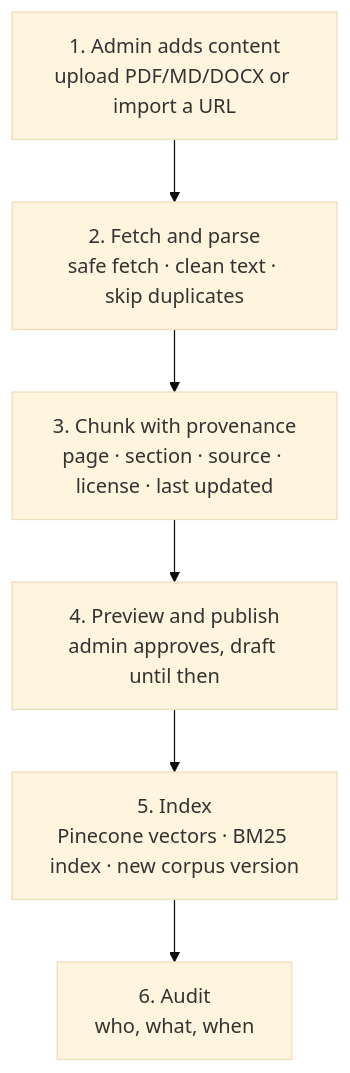
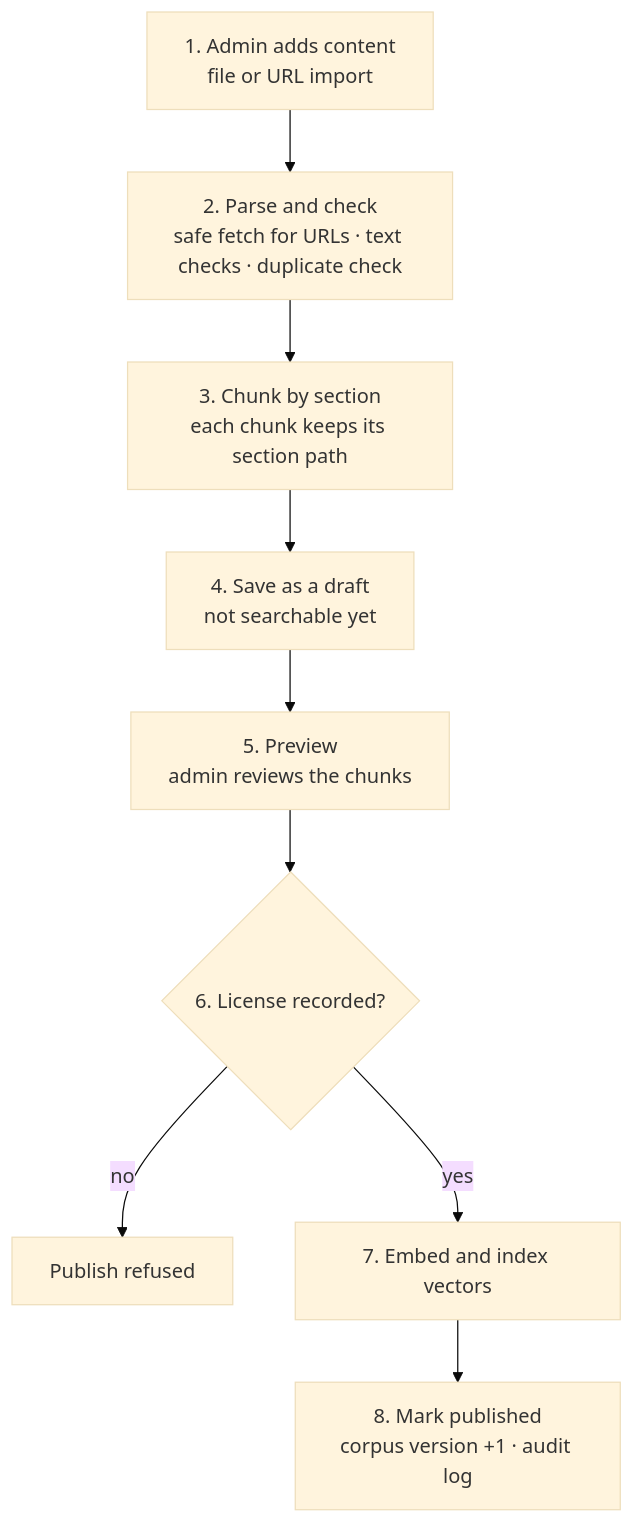
Before and after one commit to Tevaalgorithms/cite-desk: the first of 3 diagrams in docs/architecture/data-flow.md, drawn with Mermaid (base theme). The commit also changed other lines of this file and 3 other files, not shown here.

First line of the commit message:
docs: align architecture and sequence diagrams with the implemented code

````diff
--- a/docs/architecture/data-flow.md
+++ b/docs/architecture/data-flow.md
@@ -7,8 +11,11 @@
 ```mermaid
 flowchart TD
-    A["1. Admin adds content<br/>upload PDF/MD/DOCX or import a URL"] --> B["2. Fetch and parse<br/>safe fetch · clean text · skip duplicates"]
-    B --> C["3. Chunk with provenance<br/>page · section · source · license · last updated"]
-    C --> D["4. Preview and publish<br/>admin approves, draft until then"]
-    D --> E["5. Index<br/>Pinecone vectors · BM25 index · new corpus version"]
-    E --> F["6. Audit<br/>who, what, when"]
+    A["1. Admin adds content<br/>file or URL import"] --> B["2. Parse and check<br/>safe fetch for URLs · text checks · duplicate check"]
+    B --> C["3. Chunk by section<br/>each chunk keeps its section path"]
+    C --> D["4. Save as a draft<br/>not searchable yet"]
+    D --> E["5. Preview<br/>admin reviews the chunks"]
+    E --> F{"6. License recorded?"}
+    F -- no --> X["Publish refused"]
+    F -- yes --> G["7. Embed and index vectors"]
+    G --> H["8. Mark published<br/>corpus version +1 · audit log"]
 ```
````
